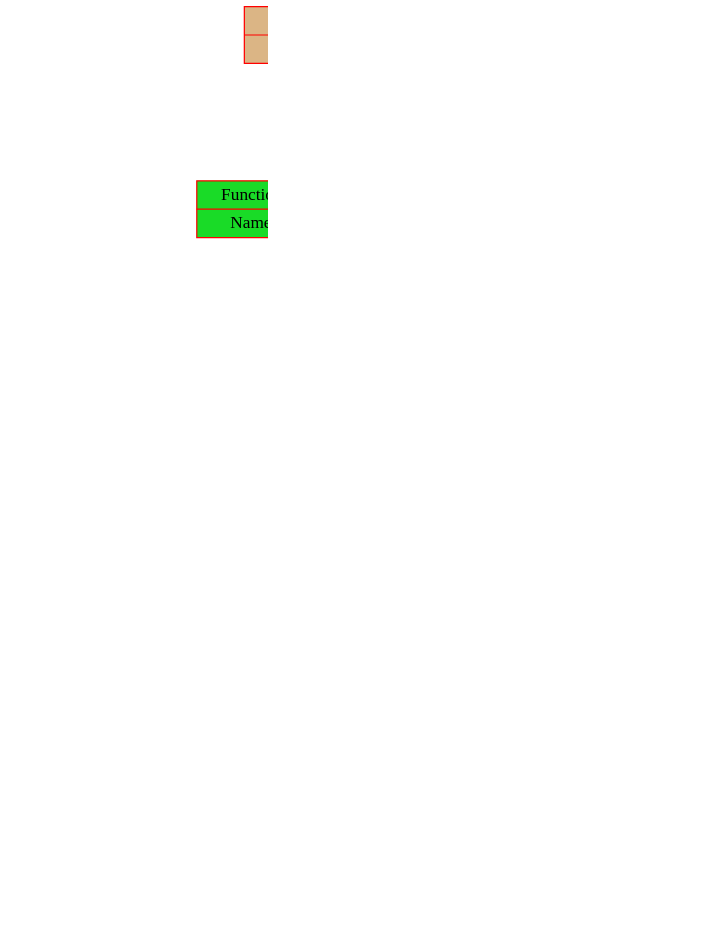
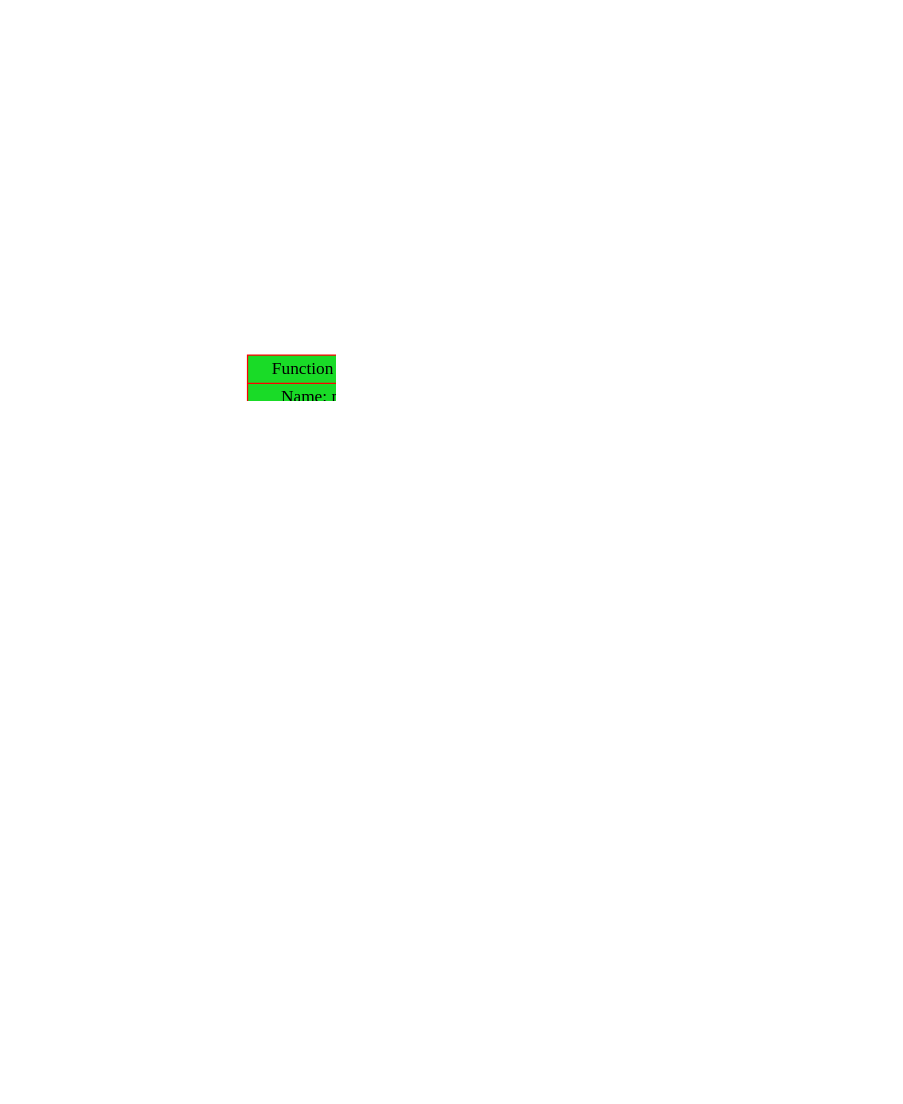
Before and after one commit to dodokek/ProgrammingLanguage: the diagram in data/graph.dot, drawn with Graphviz. The commit also changed 4 other files, not shown here.

Commit message:
added function call, don't know how to while

```diff
--- a/data/graph.dot
+++ b/data/graph.dot
@@ -1,43 +1,58 @@
 
     digraph g {
         dpi      = 200;
         fontname = "Comic Sans MS";
         fontsize = 20;
         rankdir   =  TB;
         edge [color = darkgrey, arrowhead = onormal, arrowsize = 1, penwidth = 1.2]
         graph[fillcolor = lightgreen, ranksep = 1.3, nodesep = 0.5,
         style = "rounded, filled",color = green, penwidth = 2]
 
-    Node0000024e3de46670[shape=record, width=0.2, style="filled", color="red", fillcolor="#DBB585",label=" {Type: operation | value: Function declaration}"] 
+    Node00000247fe896870[shape=record, width=0.2, style="filled", color="red", fillcolor="#DBB585",label=" {Type: operation | value: Statement}"] 
  
-Node0000024e3de41c50[shape=record, width=0.2, style="filled", color="red", fillcolor="#19DB27",label=" {Function name |Name: main}"] 
+Node00000247fe896670[shape=record, width=0.2, style="filled", color="red", fillcolor="#DBB585",label=" {Type: operation | value: Function declaration}"] 
  
-Node0000024e3de41c80[shape=record, width=0.2, style="filled", color="red", fillcolor="#DBB585",label=" {Type: operation | value: Parametr}"] 
+Node00000247fe891c50[shape=record, width=0.2, style="filled", color="red", fillcolor="#19DB27",label=" {Function name |Name: main}"] 
  
-Node0000024e3de41cb0[shape=record, width=0.2, style="filled", color="red", fillcolor="#DB8E21",label=" {Type: number | value: 1}"] 
+Node00000247fe891c80[shape=record, width=0.2, style="filled", color="red", fillcolor="#DBB585",label=" {Type: operation | value: Parametr}"] 
  
-Node0000024e3de41ce0[shape=record, width=0.2, style="filled", color="red", fillcolor="#DBB585",label=" {Type: operation | value: Parametr}"] 
+Node00000247fe891cb0[shape=record, width=0.2, style="filled", color="red", fillcolor="#DB8E21",label=" {Type: number | value: 1}"] 
  
-Node0000024e3de41d40[shape=record, width=0.2, style="filled", color="red", fillcolor="#DBB585",label=" {Type: operation | value: Var}"] 
+Node00000247fe891ce0[shape=record, width=0.2, style="filled", color="red", fillcolor="#DBB585",label=" {Type: operation | value: Parametr}"] 
  
-Node0000024e3de41d10[shape=record, width=0.2, style="filled", color="red", fillcolor="#19DB27",label=" {Type: variable | value: X}"] 
+Node00000247fe891d40[shape=record, width=0.2, style="filled", color="red", fillcolor="#DBB585",label=" {Type: operation | value: Var}"] 
  
-Node0000024e3de46640[shape=record, width=0.2, style="filled", color="red", fillcolor="#DBB585",label=" {Type: operation | value: Statement}"] 
+Node00000247fe891d10[shape=record, width=0.2, style="filled", color="red", fillcolor="#19DB27",label=" {Type: variable | value: X}"] 
  
-Node0000024e3de46610[shape=record, width=0.2, style="filled", color="red", fillcolor="#DBB585",label=" {Type: operation | value: IS_GE}"] 
+Node00000247fe896640[shape=record, width=0.2, style="filled", color="red", fillcolor="#DBB585",label=" {Type: operation | value: Statement}"] 
  
-Node0000024e3de41d70[shape=record, width=0.2, style="filled", color="red", fillcolor="#19DB27",label=" {Type: variable | value: X}"] 
+Node00000247fe896610[shape=record, width=0.2, style="filled", color="red", fillcolor="#DBB585",label=" {Type: operation | value: IS_GE}"] 
  
-Node0000024e3de41da0[shape=record, width=0.2, style="filled", color="red", fillcolor="#DB8E21",label=" {Type: number | value: 123}"] 
+Node00000247fe891d70[shape=record, width=0.2, style="filled", color="red", fillcolor="#19DB27",label=" {Type: variable | value: X}"] 
  
-Node0000024e3de46670->Node0000024e3de41c50
-Node0000024e3de41c50->Node0000024e3de41c80
-Node0000024e3de41c80->Node0000024e3de41cb0
-Node0000024e3de41c80->Node0000024e3de41ce0
-Node0000024e3de41ce0->Node0000024e3de41d40
-Node0000024e3de41d40->Node0000024e3de41d10
-Node0000024e3de46670->Node0000024e3de46640
-Node0000024e3de46640->Node0000024e3de46610
-Node0000024e3de46610->Node0000024e3de41d70
-Node0000024e3de46610->Node0000024e3de41da0
+Node00000247fe891da0[shape=record, width=0.2, style="filled", color="red", fillcolor="#DB8E21",label=" {Type: number | value: 123}"] 
+ 
+Node00000247fe896960[shape=record, width=0.2, style="filled", color="red", fillcolor="#DBB585",label=" {Type: operation | value: Function call}"] 
+ 
+Node00000247fe8966a0[shape=record, width=0.2, style="filled", color="red", fillcolor="#19DB27",label=" {Function name |Name: main}"] 
+ 
+Node00000247fe8966d0[shape=record, width=0.2, style="filled", color="red", fillcolor="#DBB585",label=" {Type: operation | value: Parametr}"] 
+ 
+Node00000247fe896700[shape=record, width=0.2, style="filled", color="red", fillcolor="#DB8E21",label=" {Type: number | value: 1}"] 
+ 
+Node00000247fe896870->Node00000247fe896670
+Node00000247fe896670->Node00000247fe891c50
+Node00000247fe891c50->Node00000247fe891c80
+Node00000247fe891c80->Node00000247fe891cb0
+Node00000247fe891c80->Node00000247fe891ce0
+Node00000247fe891ce0->Node00000247fe891d40
+Node00000247fe891d40->Node00000247fe891d10
+Node00000247fe896670->Node00000247fe896640
+Node00000247fe896640->Node00000247fe896610
+Node00000247fe896610->Node00000247fe891d70
+Node00000247fe896610->Node00000247fe891da0
+Node00000247fe896870->Node00000247fe896960
+Node00000247fe896960->Node00000247fe8966a0
+Node00000247fe8966a0->Node00000247fe8966d0
+Node00000247fe8966d0->Node00000247fe896700
 }
```
